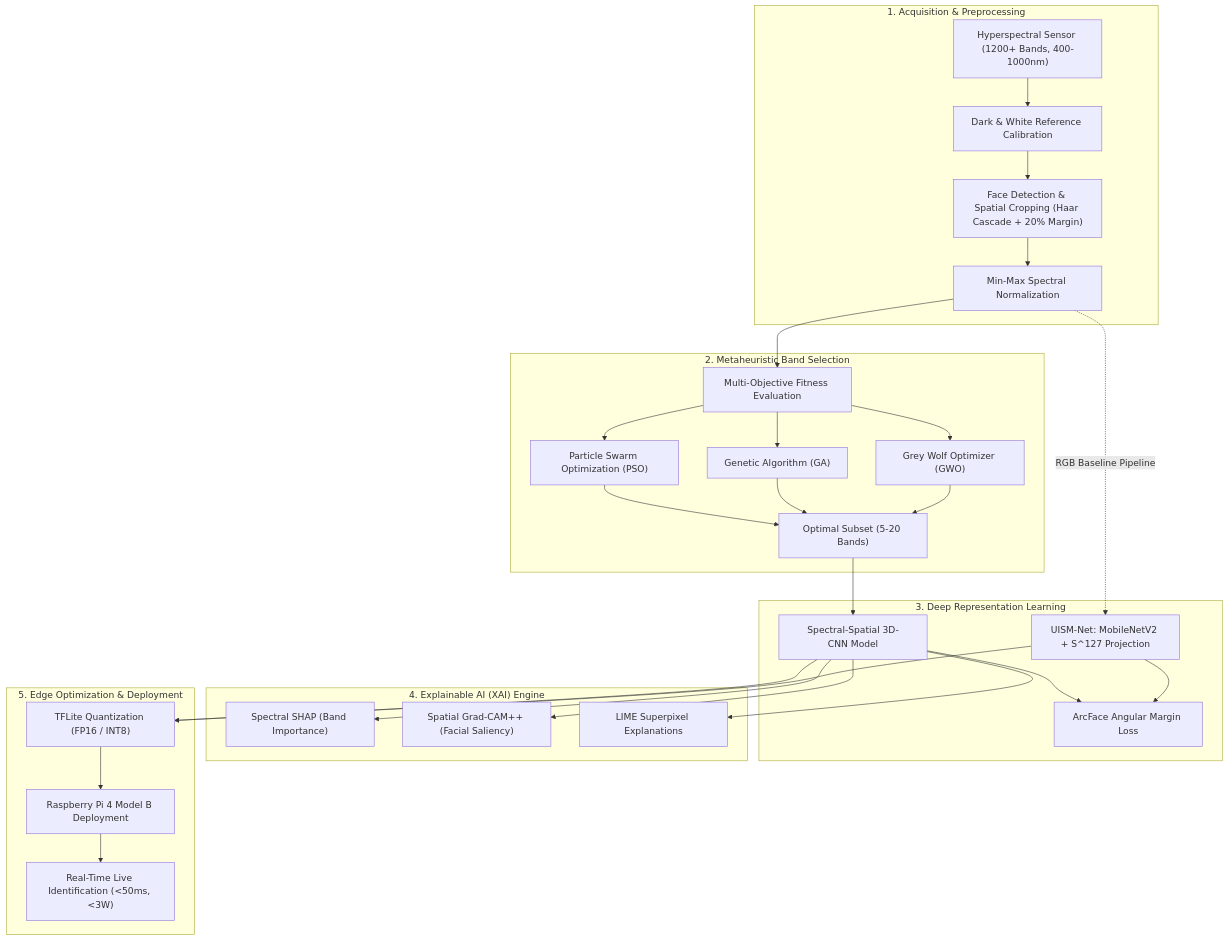
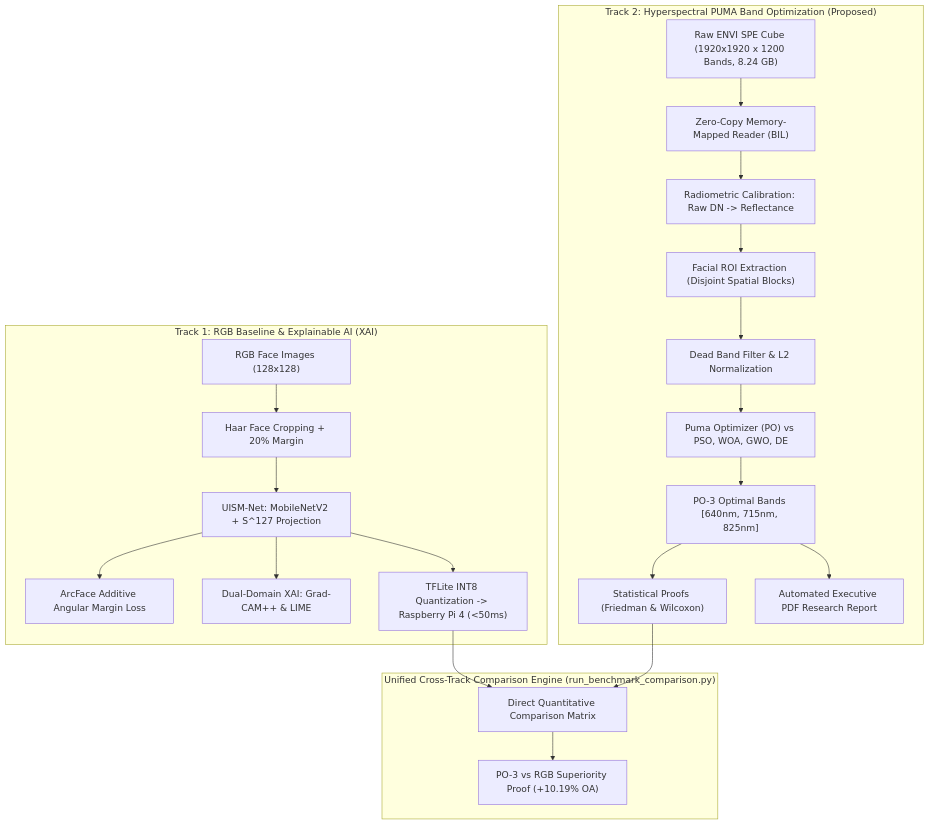
The diagram in README.md (niranjan-crypt/Hyperspectral-Face-Identification-XAI), drawn with Mermaid before and after one commit. The commit also changed other lines of this file and 144 other files, not shown here.

Commit message:
feat: restructure into modular dual-track architecture (Track 1 RGB Baseline & Track 2 Hyperspectral PUMA)

````diff
--- a/README.md
+++ b/README.md
@@ -32,34 +34,26 @@
 ```mermaid
 flowchart TD
-    subgraph S1["1. Acquisition & Preprocessing"]
-        A["Hyperspectral Sensor (1200+ Bands, 400-1000nm)"] --> B["Dark & White Reference Calibration"]
-        B --> C["Face Detection & Spatial Cropping (Haar Cascade + 20% Margin)"]
-        C --> D["Min-Max Spectral Normalization"]
+    subgraph Track1["Track 1: RGB Baseline & Explainable AI (XAI)"]
+        T1_Input["RGB Face Images (128x128)"] --> T1_Crop["Haar Face Cropping + 20% Margin"]
+        T1_Crop --> T1_UISM["UISM-Net: MobileNetV2 + S^127 Projection"]
+        T1_UISM --> T1_Loss["ArcFace Additive Angular Margin Loss"]
+        T1_UISM --> T1_XAI["Dual-Domain XAI: Grad-CAM++ & LIME"]
+        T1_UISM --> T1_Edge["TFLite INT8 Quantization -> Raspberry Pi 4 (<50ms)"]
     end
 
-    subgraph S2["2. Metaheuristic Band Selection"]
-        D --> E["Multi-Objective Fitness Evaluation"]
-        E --> F1["Particle Swarm Optimization (PSO)"]
-        E --> F2["Genetic Algorithm (GA)"]
-        E --> F3["Grey Wolf Optimizer (GWO)"]
-        F1 & F2 & F3 --> G["Optimal Subset (5-20 Bands)"]
+    subgraph Track2["Track 2: Hyperspectral PUMA Band Optimization (Proposed)"]
+        T2_Input["Raw ENVI SPE Cube (1920x1920 x 1200 Bands, 8.24 GB)"] --> T2_Mem["Zero-Copy Memory-Mapped Reader (BIL)"]
+        T2_Mem --> T2_Calib["Radiometric Calibration: Raw DN -> Reflectance"]
+        T2_Calib --> T2_ROI["Facial ROI Extraction (Disjoint Spatial Blocks)"]
+        T2_ROI --> T2_Filter["Dead Band Filter & L2 Normalization"]
+        T2_Filter --> T2_PUMA["Puma Optimizer (PO) vs PSO, WOA, GWO, DE"]
+        T2_PUMA --> T2_PO3["PO-3 Optimal Bands [640nm, 715nm, 825nm]"]
+        T2_PO3 --> T2_Proofs["Statistical Proofs (Friedman & Wilcoxon)"]
+        T2_PO3 --> T2_PDF["Automated Executive PDF Research Report"]
     end
 
-    subgraph S3["3. Deep Representation Learning"]
-        G --> H["Spectral-Spatial 3D-CNN Model"]
-        D -. "RGB Baseline Pipeline" .-> I["UISM-Net: MobileNetV2 + S^127 Projection"]
-        H & I --> J["ArcFace Angular Margin Loss"]
-    end
-
-    subgraph S4["4. Explainable AI (XAI) Engine"]
-        H --> K1["Spectral SHAP (Band Importance)"]
-        H --> K2["Spatial Grad-CAM++ (Facial Saliency)"]
-        H --> K3["LIME Superpixel Explanations"]
-    end
-
-    subgraph S5["5. Edge Optimization & Deployment"]
-        H & I --> L["TFLite Quantization (FP16 / INT8)"]
-        L --> M["Raspberry Pi 4 Model B Deployment"]
-        M --> N["Real-Time Live Identification (<50ms, <3W)"]
+    subgraph BenchmarkEngine["Unified Cross-Track Comparison Engine (run_benchmark_comparison.py)"]
+        T1_Edge & T2_Proofs --> CompMatrix["Direct Quantitative Comparison Matrix"]
+        CompMatrix --> Decision["PO-3 vs RGB Superiority Proof (+10.19% OA)"]
     end
 ```
````
